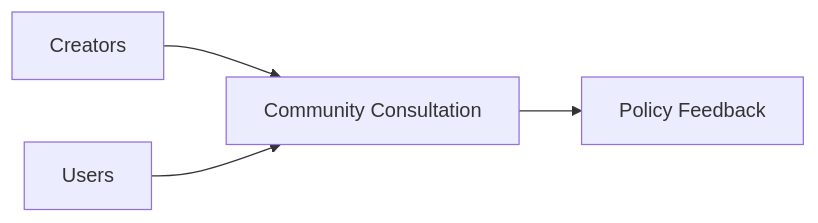
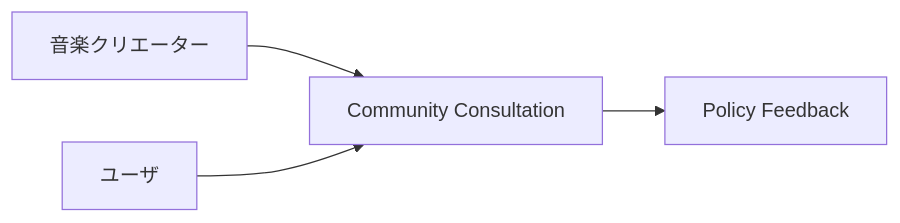
One commit to ShigeichiroYamasaki/creator-first-platform changed diagram 15 of 47 in docs/whitepaper/13-roadmap.md. Above: the diagram before and after it, drawn with Mermaid. The commit also changed other lines of this file and 67 other files, not shown here.

````diff
--- a/docs/whitepaper/13-roadmap.md
+++ b/docs/whitepaper/13-roadmap.md
@@ -470,11 +470,11 @@
 ```mermaid
 flowchart LR
-    CREATORS[Creators]
-    USERS[Users]
+    CREATORS[音楽クリエーター]
+    USERS[ユーザ]
     CONSULT[Community Consultation]
     POLICY[Policy Feedback]
 
     CREATORS --> CONSULT
     USERS --> CONSULT
     CONSULT --> POLICY
 ```
````
